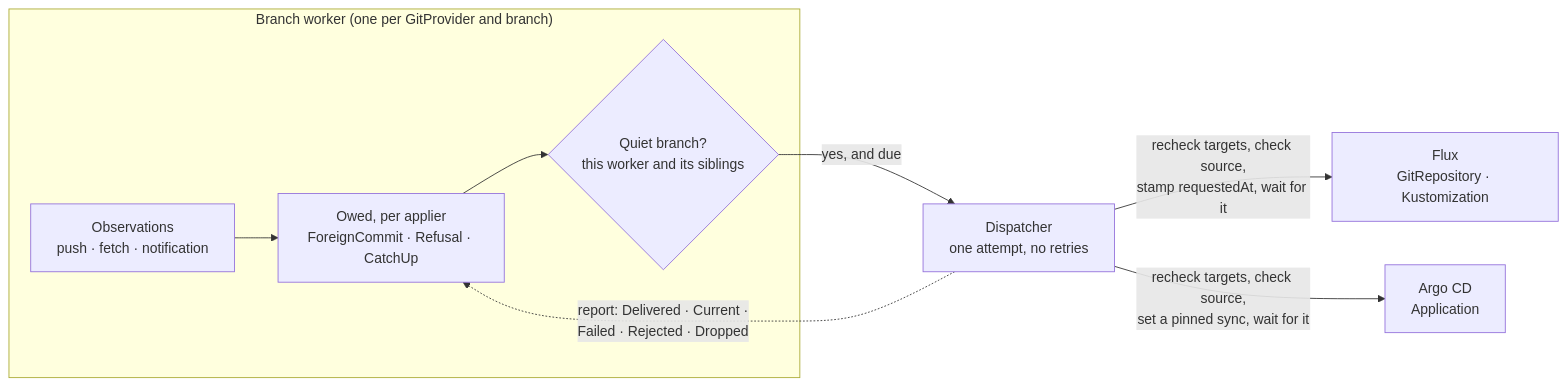
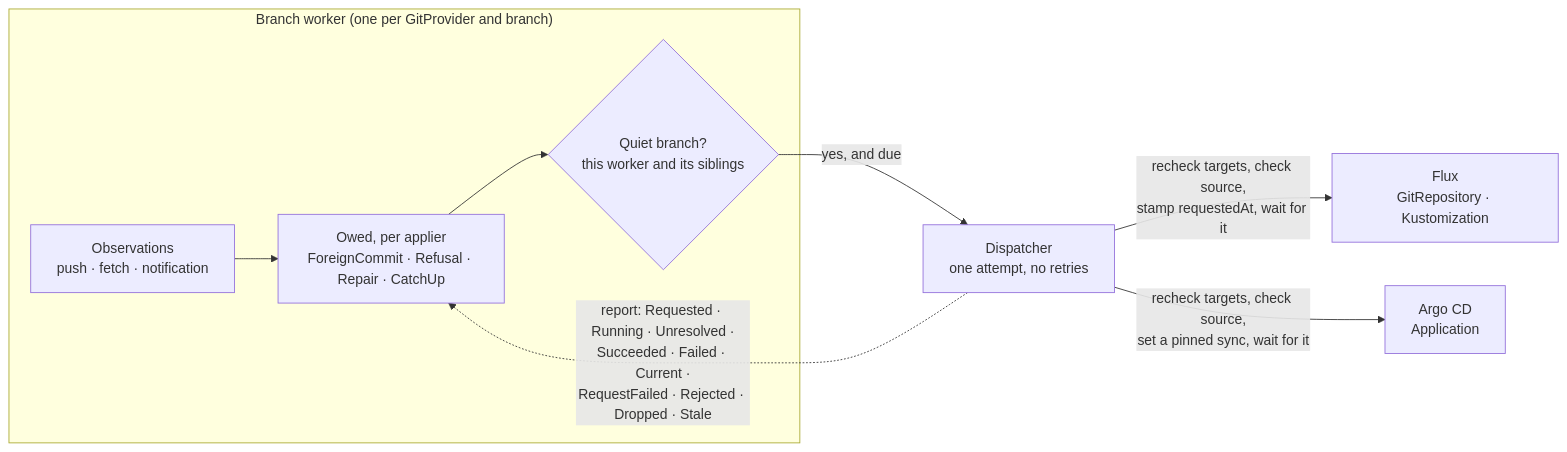
Before and after one commit to ConfigButler/gitops-reverser: the diagram in docs/design/apply-trigger.md, drawn with Mermaid. The commit also changed other lines of this file and 28 other files, not shown here.

````diff
--- a/docs/design/apply-trigger.md
+++ b/docs/design/apply-trigger.md
@@ -97,17 +98,17 @@
 ```mermaid
 flowchart LR
     subgraph WORKER["Branch worker (one per GitProvider and branch)"]
         OBS["Observations<br/>push · fetch · notification"]
-        OWE["Owed, per applier<br/>ForeignCommit · Refusal · CatchUp"]
+        OWE["Owed, per applier<br/>ForeignCommit · Refusal · Repair · CatchUp"]
         QUIET{"Quiet branch?<br/>this worker and its siblings"}
     end
     EXEC["Dispatcher<br/>one attempt, no retries"]
     FLUX["Flux<br/>GitRepository · Kustomization"]
     ARGO["Argo CD<br/>Application"]
 
     OBS --> OWE --> QUIET
     QUIET -- "yes, and due" --> EXEC
     EXEC -- "recheck targets, check source,<br/>stamp requestedAt, wait for it" --> FLUX
     EXEC -- "recheck targets, check source,<br/>set a pinned sync, wait for it" --> ARGO
-    EXEC -. "report: Delivered · Current ·<br/>Failed · Rejected · Dropped" .-> OWE
+    EXEC -. "report: Requested · Running · Unresolved ·<br/>Succeeded · Failed · Current ·<br/>RequestFailed · Rejected · Dropped · Stale" .-> OWE
 ```
````
